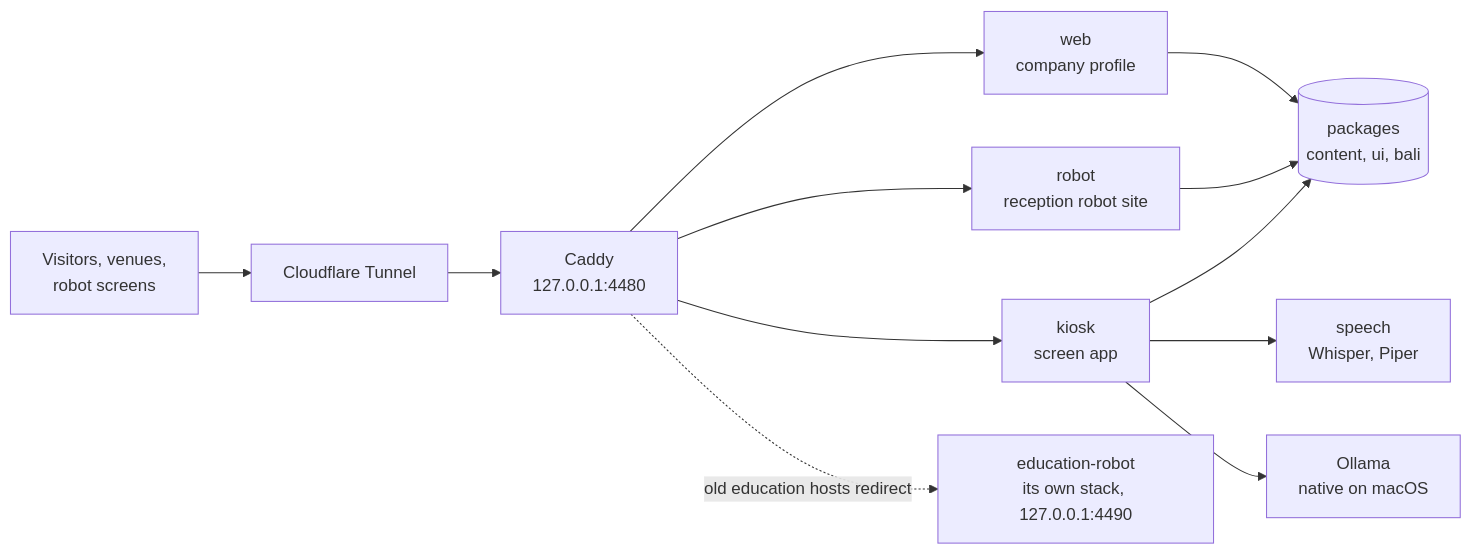
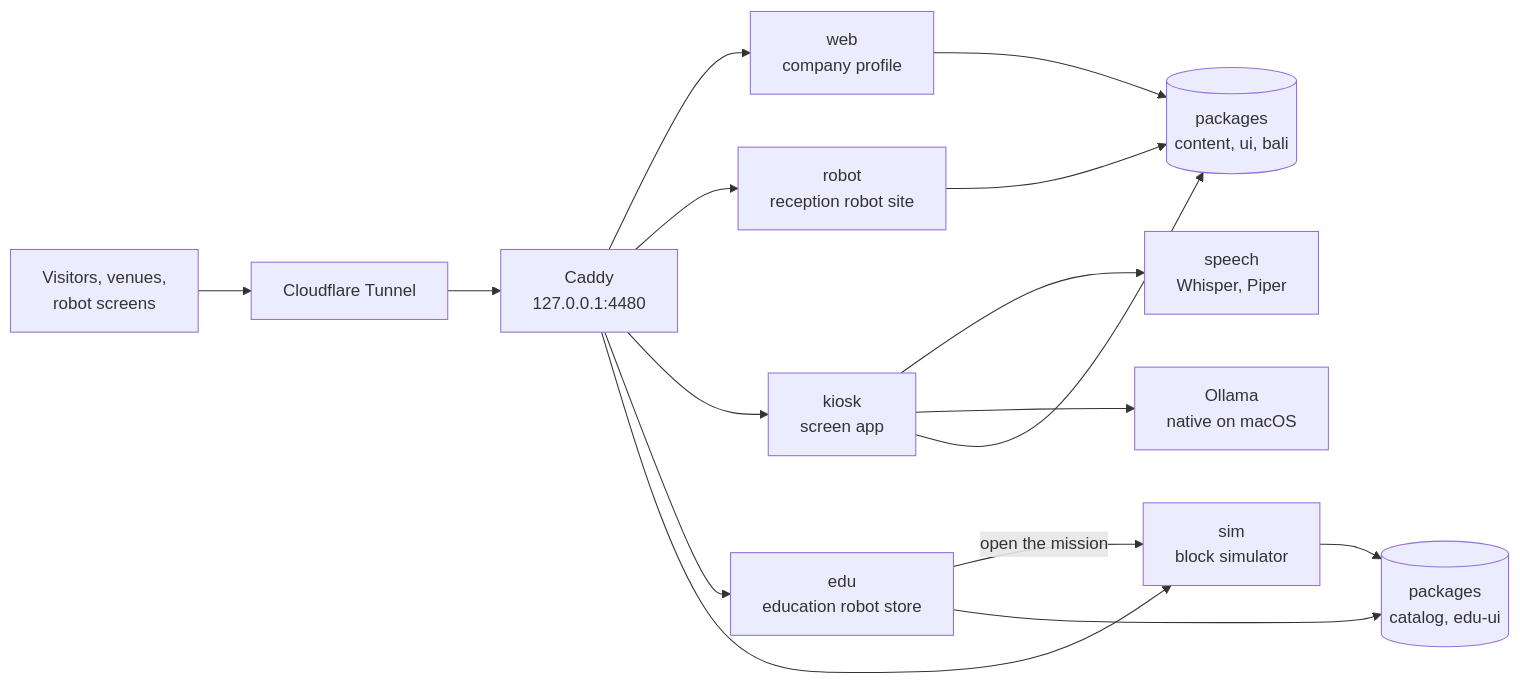
The diagram in README.md (DarmawanWeb/TaksuTech), drawn with Mermaid before and after one commit. The commit also changed other lines of this file and 1 other file, not shown here.

Commit message:
docs: readme and contributing for the store and the simulator in apps

````diff
--- a/README.md
+++ b/README.md
@@ -79,12 +93,15 @@
 ```mermaid
 flowchart LR
     U[Visitors, venues,<br/>robot screens] --> T[Cloudflare Tunnel]
     T --> C[Caddy<br/>127.0.0.1:4480]
     C --> W[web<br/>company profile]
     C --> R[robot<br/>reception robot site]
     C --> K[kiosk<br/>screen app]
     K --> S[speech<br/>Whisper, Piper]
     K --> O[Ollama<br/>native on macOS]
-    C -. old education hosts redirect .-> E[education-robot<br/>its own stack, 127.0.0.1:4490]
+    C --> E[edu<br/>education robot store]
+    C --> M[sim<br/>block simulator]
+    E -- open the mission --> M
     W & R & K --> P[(packages<br/>content, ui, bali)]
+    E & M --> Q[(packages<br/>catalog, edu-ui)]
 ```
````
